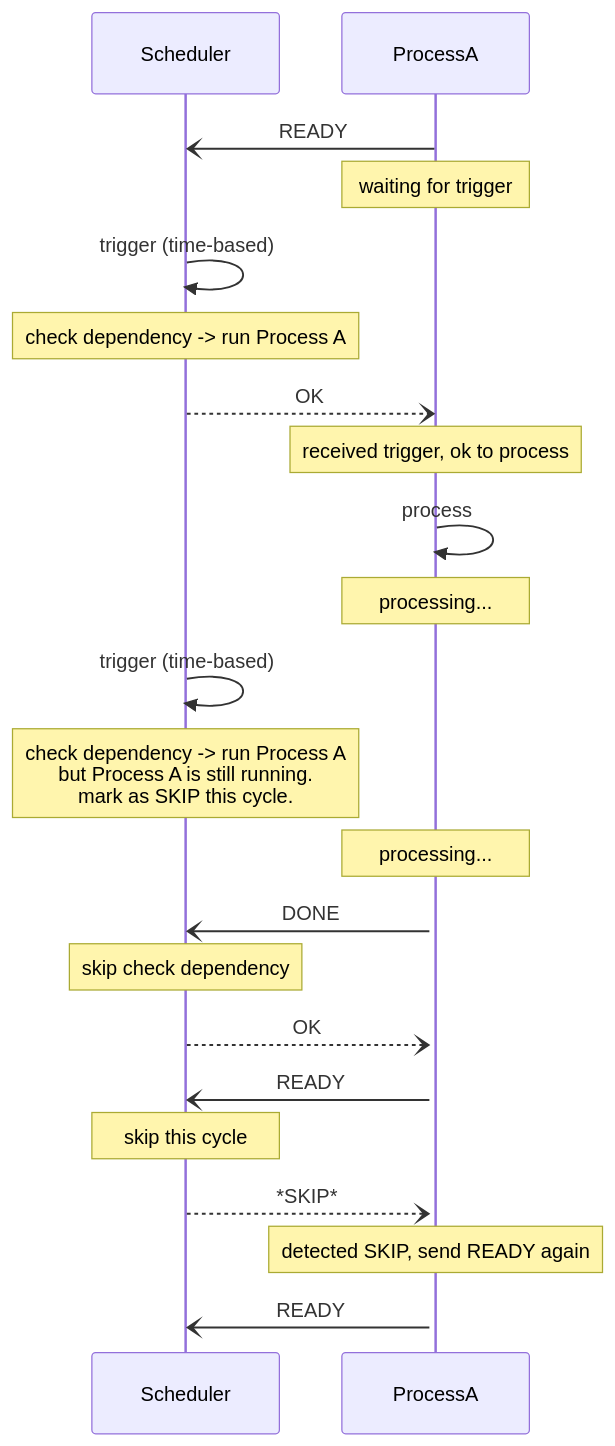
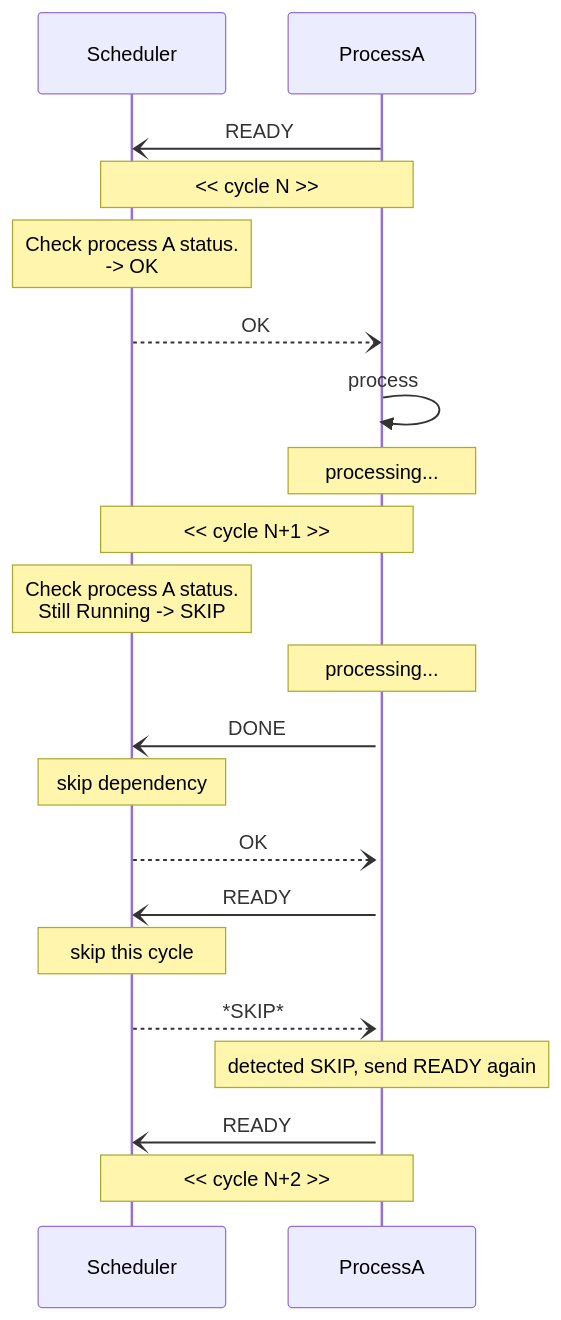
Before and after one commit to nao-kawano/ritsu-scheduler: the first of 3 diagrams in docs/message-sequence-skip.md, drawn with Mermaid. The commit also changed other lines of this file and 16 other files, not shown here.

````diff
--- a/docs/message-sequence-skip.md
+++ b/docs/message-sequence-skip.md
@@ -6,34 +13,32 @@
 ```mermaid
 sequenceDiagram
   participant M as Scheduler
   participant A as ProcessA
 
   A -) M: READY
-    Note over A: waiting for trigger
 
-  M ->> M: trigger (time-based)
-  Note over M: check dependency -> run Process A
+Note over M,A: << cycle N >>
 
+  Note over M: Check process A status.<br />-> OK
   M --) A: OK
-  Note over A: received trigger, ok to process
   A ->> A: process
   activate A
   Note over A: processing...
 
-  M ->> M: trigger (time-based)
-  Note over M: check dependency -> run Process A <br />but Process A is still running.<br />mark as SKIP this cycle.
+Note over M,A: << cycle N+1 >>
+  Note over M: Check process A status.<br />Still Running -> SKIP
 
   Note over A: processing...
   A -) M: DONE
-  Note over M: skip check dependency
+  Note over M: skip dependency
   M --) A: OK
-
 
   A -) M: READY
   Note over M: skip this cycle
   M --) A: *SKIP*
     Note over A: detected SKIP, send READY again
 
   A -) M: READY
 
+Note over M,A: << cycle N+2 >>
 ```
````
